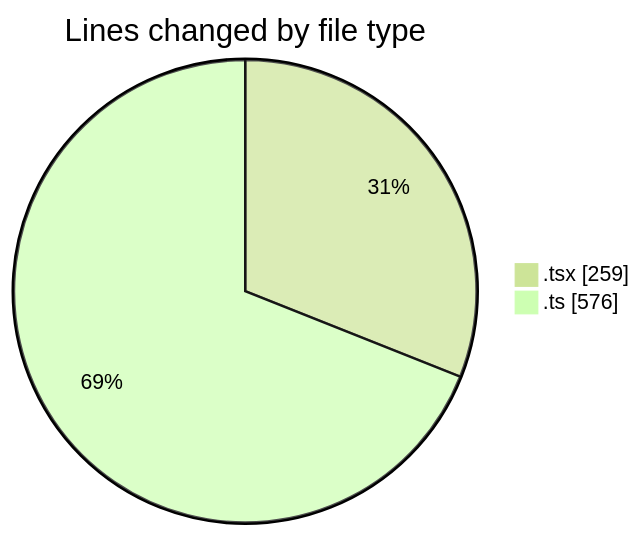
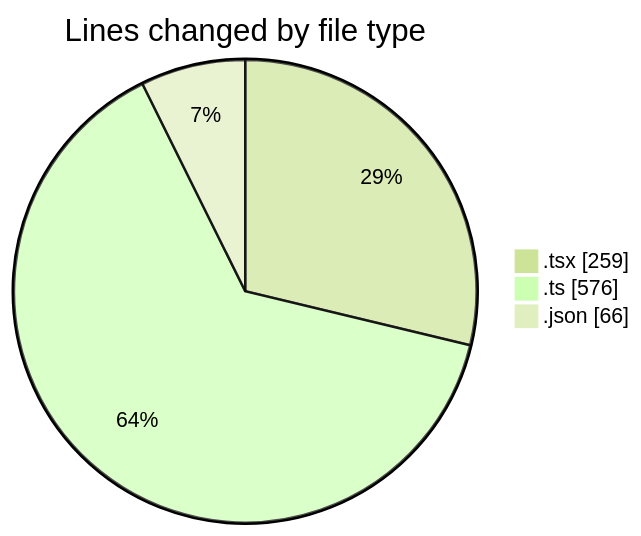
The first of 2 diagrams in 2026-03-27/cda/README.md (momahboobian/code-tracking), drawn with Mermaid (forest theme) before and after one commit. The commit also changed other lines of this file and 1 other file, not shown here.

````diff
--- a/2026-03-27/cda/README.md
+++ b/2026-03-27/cda/README.md
@@ -22,6 +23,7 @@
 ```mermaid
 pie showData
 title Lines changed by file type
 ".tsx" : 259
 ".ts" : 576
+".json" : 66
 ```
````
